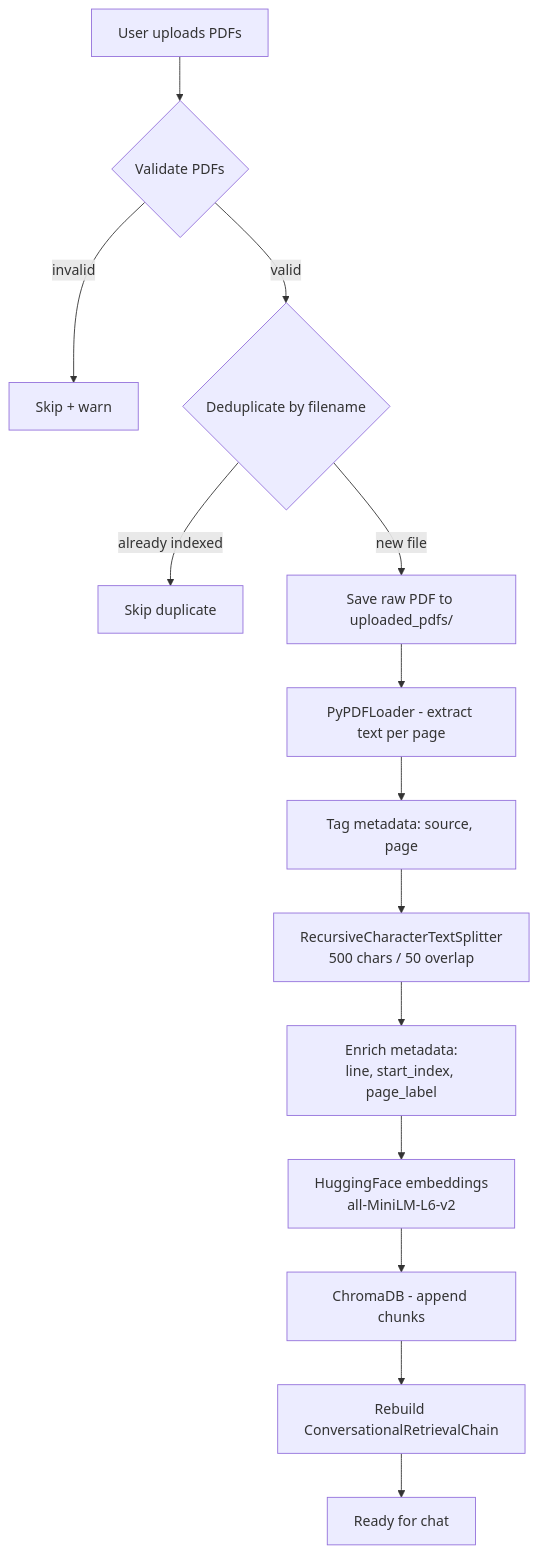
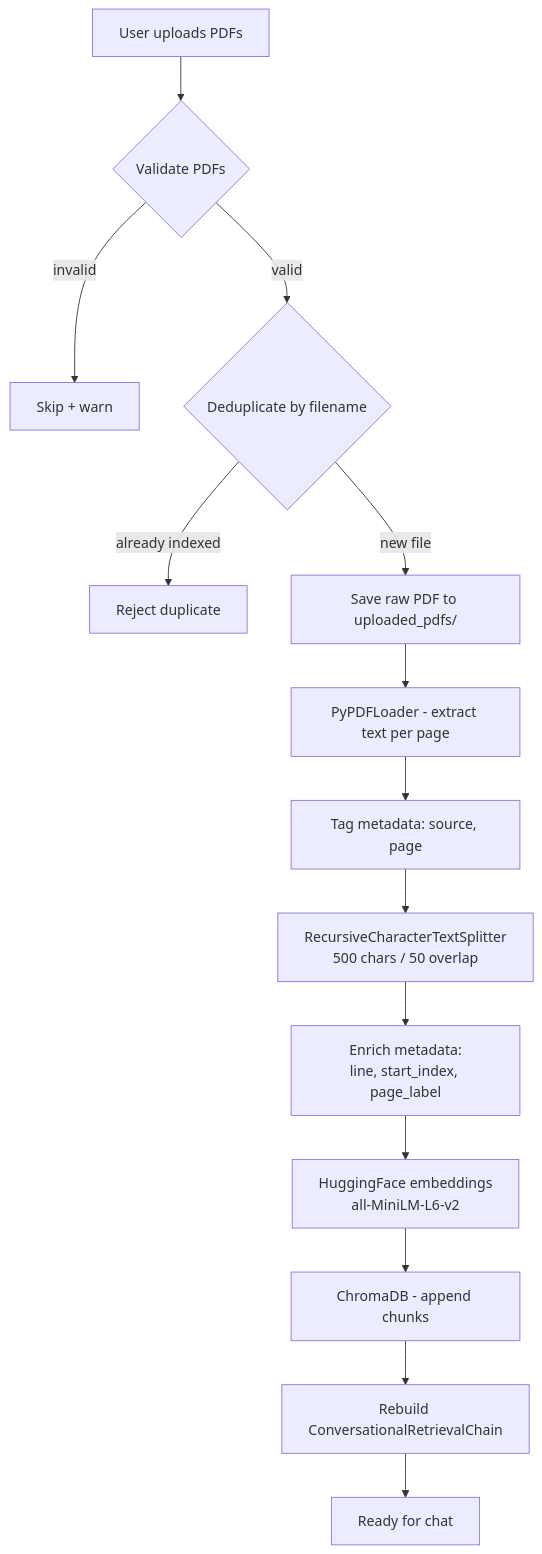
The second of 3 diagrams in README.md (Rutujadb/Multi-PDF-ChatBot), drawn with Mermaid before and after one commit. The commit also changed other lines of this file and 2 other files, not shown here.

````diff
--- a/README.md
+++ b/README.md
@@ -135,16 +137,16 @@
 ```mermaid
 flowchart TB
     A[User uploads PDFs] --> B{Validate PDFs}
     B -->|invalid| X[Skip + warn]
     B -->|valid| C{Deduplicate by filename}
-    C -->|already indexed| Y[Skip duplicate]
+    C -->|already indexed| Y[Reject duplicate]
     C -->|new file| D[Save raw PDF to uploaded_pdfs/]
     D --> E[PyPDFLoader - extract text per page]
     E --> F[Tag metadata: source, page]
     F --> G[RecursiveCharacterTextSplitter\n500 chars / 50 overlap]
     G --> H[Enrich metadata:\nline, start_index, page_label]
     H --> I[HuggingFace embeddings\nall-MiniLM-L6-v2]
     I --> J[ChromaDB - append chunks]
     J --> K[Rebuild ConversationalRetrievalChain]
     K --> L[Ready for chat]
 ```
````
